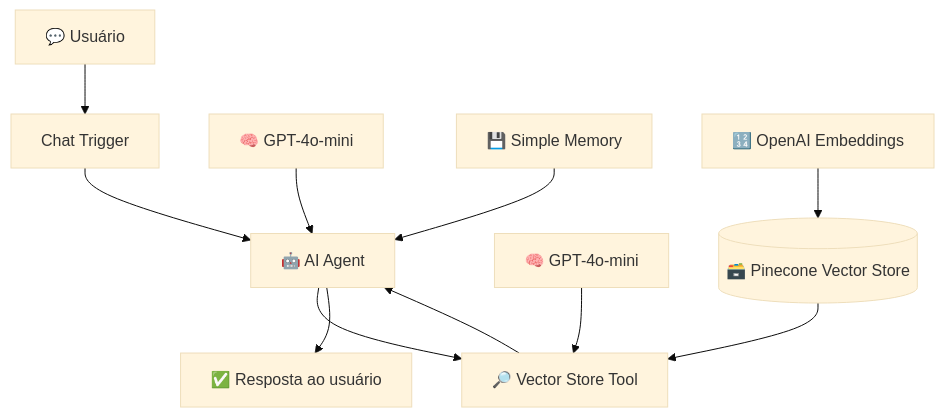
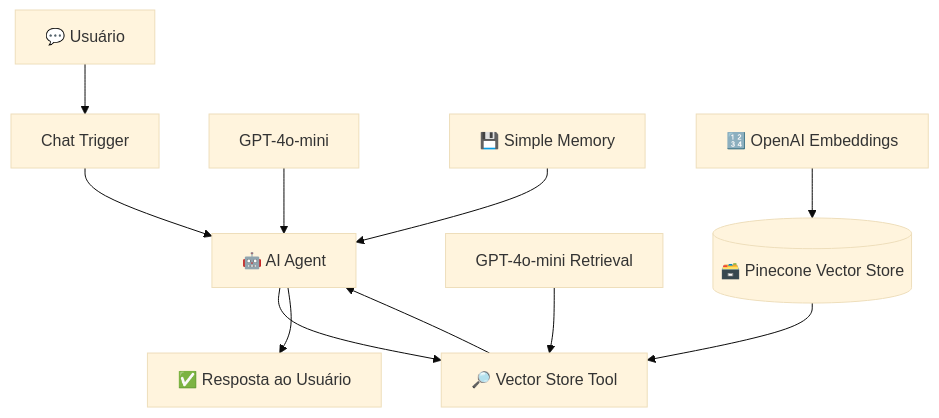
One commit to lara-softdeveloper/chatbot_agent changed the diagram in README.md. Above: the diagram before and after it, drawn with Mermaid (base theme). The commit also changed other lines of this file, not shown here.

````diff
--- a/README.md
+++ b/README.md
@@ -30,17 +32,18 @@
 ```mermaid
 flowchart TD
+
     A[💬 Usuário] --> B[Chat Trigger]
     B --> C[🤖 AI Agent]
 
-    D[🧠 GPT-4o-mini] --> C
+    D[GPT-4o-mini] --> C
     E[💾 Simple Memory] --> C
 
     C --> F[🔎 Vector Store Tool]
 
-    G[🧠 GPT-4o-mini] --> F
+    G[GPT-4o-mini Retrieval] --> F
     H[(🗃️ Pinecone Vector Store)] --> F
     I[🔢 OpenAI Embeddings] --> H
 
     F --> C
-    C --> J[✅ Resposta ao usuário]
+    C --> J[✅ Resposta ao Usuário]
 ```
````
